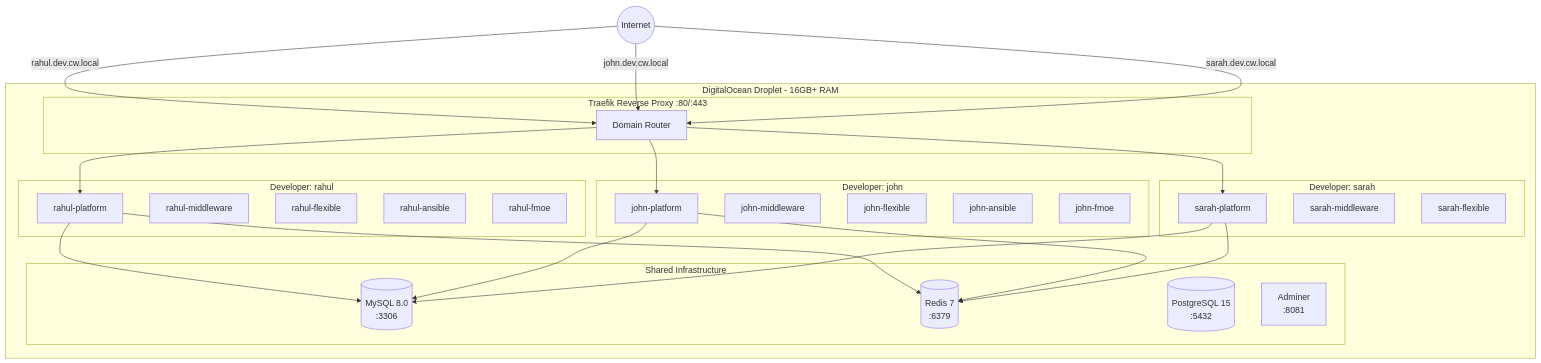
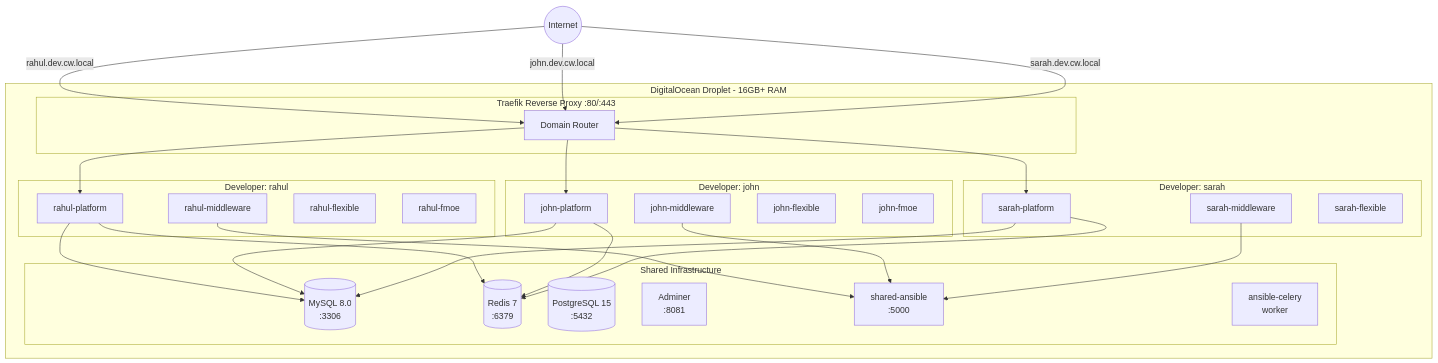
One commit to rj10940/dev changed the fifth of 9 diagrams in README.md. Above: the diagram before and after it, drawn with Mermaid. The commit also changed other lines of this file and 8 other files, not shown here.

````diff
--- a/README.md
+++ b/README.md
@@ -246,55 +272,59 @@
 ```mermaid
 flowchart TB
     subgraph Droplet["DigitalOcean Droplet - 16GB+ RAM"]
         subgraph Traefik["Traefik Reverse Proxy :80/:443"]
             Router[Domain Router]
         end
 
         subgraph Shared["Shared Infrastructure"]
             MySQL[(MySQL 8.0<br/>:3306)]
             Redis[(Redis 7<br/>:6379)]
             Postgres[(PostgreSQL 15<br/>:5432)]
             Adminer[Adminer<br/>:8081]
+            Ansible[shared-ansible<br/>:5000]
+            AnsibleCelery[ansible-celery<br/>worker]
         end
 
         subgraph DevRahul["Developer: rahul"]
             RP[rahul-platform]
             RM[rahul-middleware]
             RF[rahul-flexible]
-            RA[rahul-ansible]
             RFM[rahul-fmoe]
         end
 
         subgraph DevJohn["Developer: john"]
             JP[john-platform]
             JM[john-middleware]
             JF[john-flexible]
-            JA[john-ansible]
             JFM[john-fmoe]
         end
 
         subgraph DevSarah["Developer: sarah"]
             SP[sarah-platform]
             SM[sarah-middleware]
             SF[sarah-flexible]
         end
     end
 
     Internet((Internet))
     
     Internet -->|rahul.dev.cw.local| Router
     Internet -->|john.dev.cw.local| Router
     Internet -->|sarah.dev.cw.local| Router
     
     Router --> RP
     Router --> JP
     Router --> SP
     
     RP --> MySQL
     JP --> MySQL
     SP --> MySQL
     
     RP --> Redis
     JP --> Redis
     SP --> Redis
+    
+    RM --> Ansible
+    JM --> Ansible
+    SM --> Ansible
 ```
````
